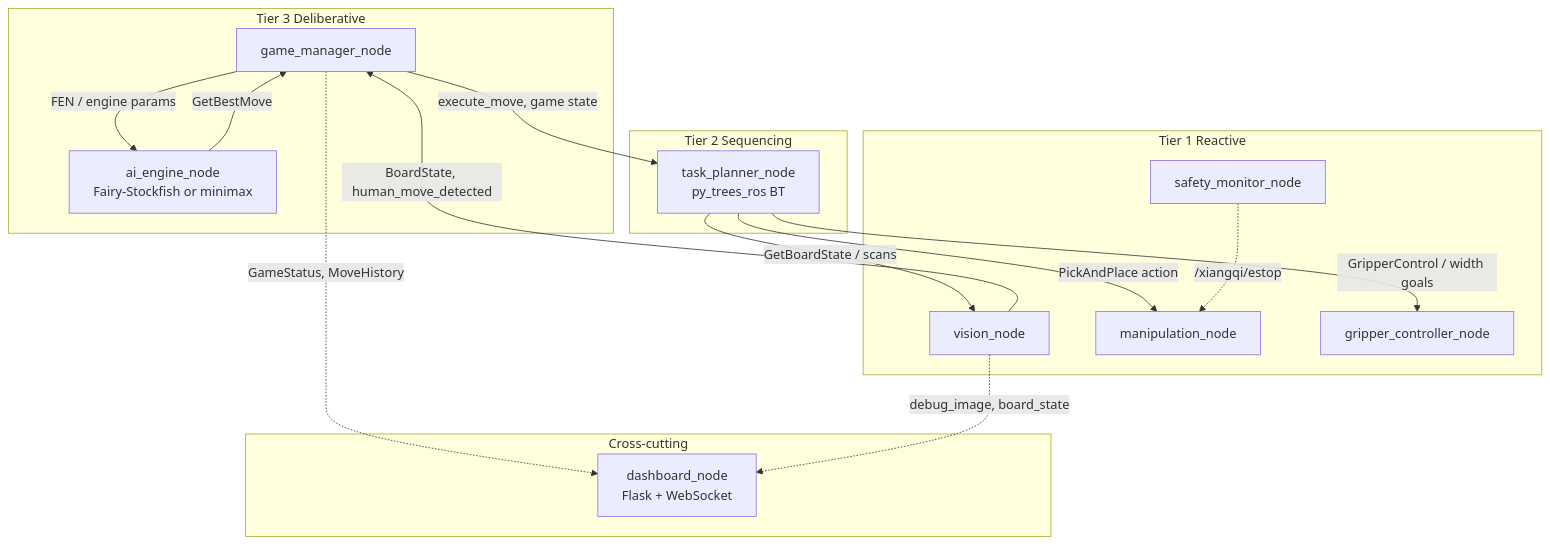
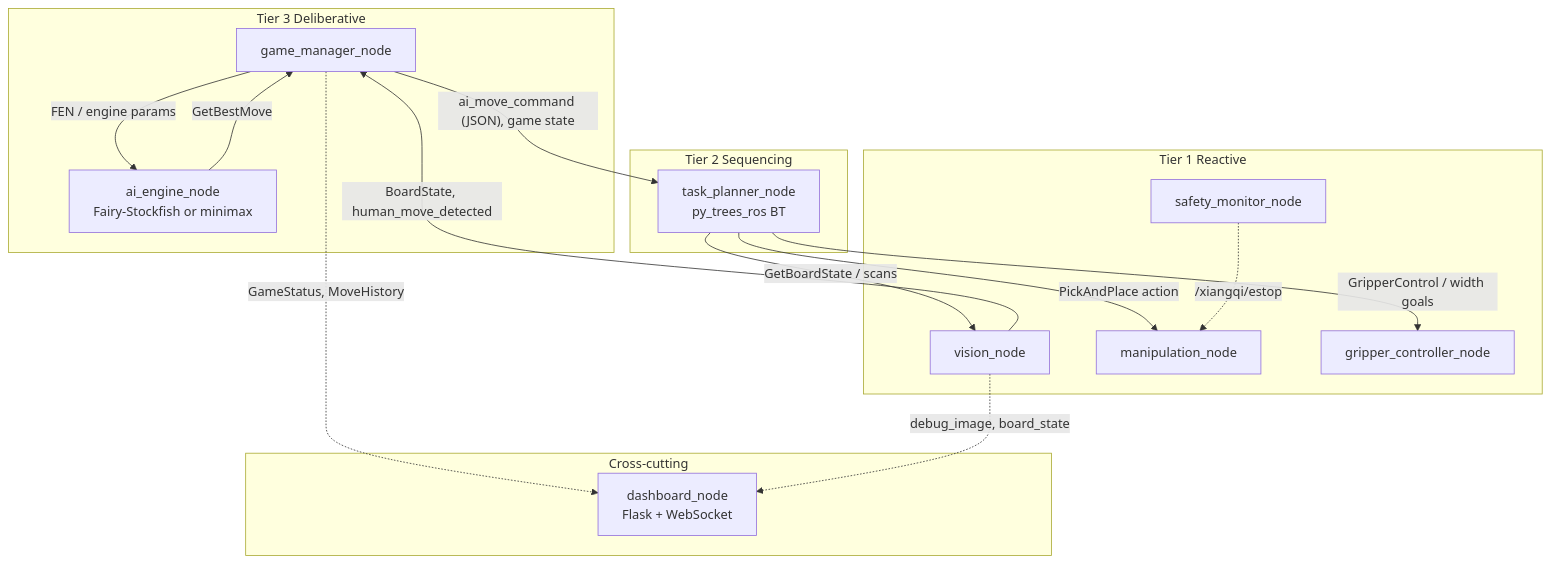
Before and after one commit to giatinhuynh/par_ur5e_xiangqi: the diagram in README.md, drawn with Mermaid. The commit also changed 23 other files, not shown here.

````diff
--- a/README.md
+++ b/README.md
@@ -48,33 +48,33 @@
 ```mermaid
 graph TB
   subgraph deliberative [Tier 3 Deliberative]
     GameManager["game_manager_node"]
     AIEngine["ai_engine_node<br/>Fairy-Stockfish or minimax"]
   end
 
   subgraph sequencing [Tier 2 Sequencing]
     TaskPlanner["task_planner_node<br/>py_trees_ros BT"]
   end
 
   subgraph reactive [Tier 1 Reactive]
     VisionNode["vision_node"]
     ManipNode["manipulation_node"]
     GripperNode["gripper_controller_node"]
     SafetyNode["safety_monitor_node"]
   end
 
   subgraph crosscutting [Cross-cutting]
     Dashboard["dashboard_node<br/>Flask + WebSocket"]
   end
 
-  GameManager -->|"execute_move, game state"| TaskPlanner
+  GameManager -->|"ai_move_command (JSON), game state"| TaskPlanner
   AIEngine -->|"GetBestMove"| GameManager
   GameManager -->|"FEN / engine params"| AIEngine
   VisionNode -->|"BoardState, human_move_detected"| GameManager
   TaskPlanner -->|"PickAndPlace action"| ManipNode
   TaskPlanner -->|"GripperControl / width goals"| GripperNode
   TaskPlanner -->|"GetBoardState / scans"| VisionNode
   SafetyNode -.->|"/xiangqi/estop"| ManipNode
   GameManager -.->|"GameStatus, MoveHistory"| Dashboard
   VisionNode -.->|"debug_image, board_state"| Dashboard
 ```
````
